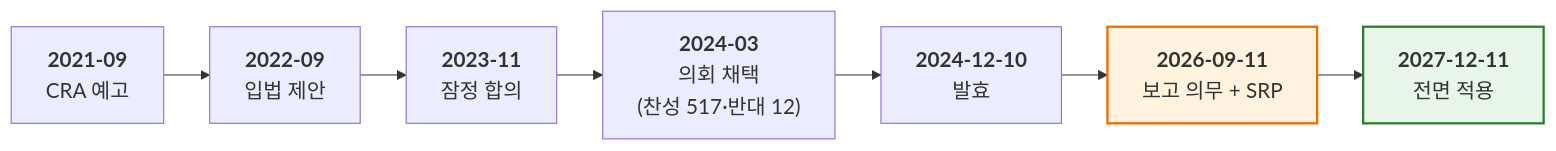
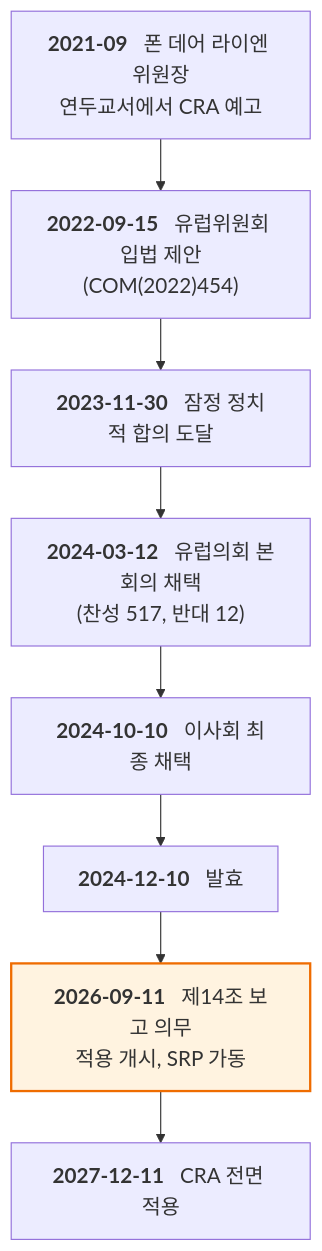
One commit to haksungjang/haksungjang.github.io changed the first of 4 diagrams in content/en/research/2026-eu-cra-vulnerability-reporting/_index.md. Above: the diagram before and after it, drawn with Mermaid. The commit also changed other lines of this file, not shown here.

Commit message:
research: EU CRA 보고서 합쇼체 전환과 번역투 퇴고, 도식 세로 재구성

````diff
--- a/content/en/research/2026-eu-cra-vulnerability-reporting/_index.md
+++ b/content/en/research/2026-eu-cra-vulnerability-reporting/_index.md
@@ -46,12 +49,14 @@
 ```mermaid
-%%{init: {'theme':'default', 'themeVariables': {'fontSize':'18px'}, 'flowchart': {'nodeSpacing': 30, 'rankSpacing': 40}} }%%
-flowchart LR
-    A["<b>2021-09</b><br/>CRA 예고"] --> B["<b>2022-09</b><br/>입법 제안"]
-    B --> C["<b>2023-11</b><br/>잠정 합의"]
-    C --> D["<b>2024-03</b><br/>의회 채택<br/>(찬성 517·반대 12)"]
-    D --> E["<b>2024-12-10</b><br/>발효"]
-    E --> F["<b>2026-09-11</b><br/>보고 의무 + SRP"]
-    F --> G["<b>2027-12-11</b><br/>전면 적용"]
-    style F fill:#fff3e0,stroke:#ef6c00,stroke-width:2px
-    style G fill:#e8f5e9,stroke:#2e7d32,stroke-width:2px
+%%{init: {'theme':'default', 'themeVariables': {'fontSize':'18px'}, 'flowchart': {'nodeSpacing': 40, 'rankSpacing': 45}} }%%
+flowchart TD
+    A["<b>2021-09</b> &nbsp; 폰 데어 라이엔 위원장<br/>연두교서에서 CRA 예고"]
+    B["<b>2022-09-15</b> &nbsp; 유럽위원회 입법 제안<br/>(COM(2022)454)"]
+    C["<b>2023-11-30</b> &nbsp; 잠정 정치적 합의 도달"]
+    D["<b>2024-03-12</b> &nbsp; 유럽의회 본회의 채택<br/>(찬성 517, 반대 12)"]
+    E["<b>2024-10-10</b> &nbsp; 이사회 최종 채택"]
+    F["<b>2024-12-10</b> &nbsp; 발효"]
+    G["<b>2026-09-11</b> &nbsp; 제14조 보고 의무<br/>적용 개시, SRP 가동"]
+    H["<b>2027-12-11</b> &nbsp; CRA 전면 적용"]
+    A --> B --> C --> D --> E --> F --> G --> H
+    style G fill:#fff3e0,stroke:#ef6c00,stroke-width:2px
 ```
````
